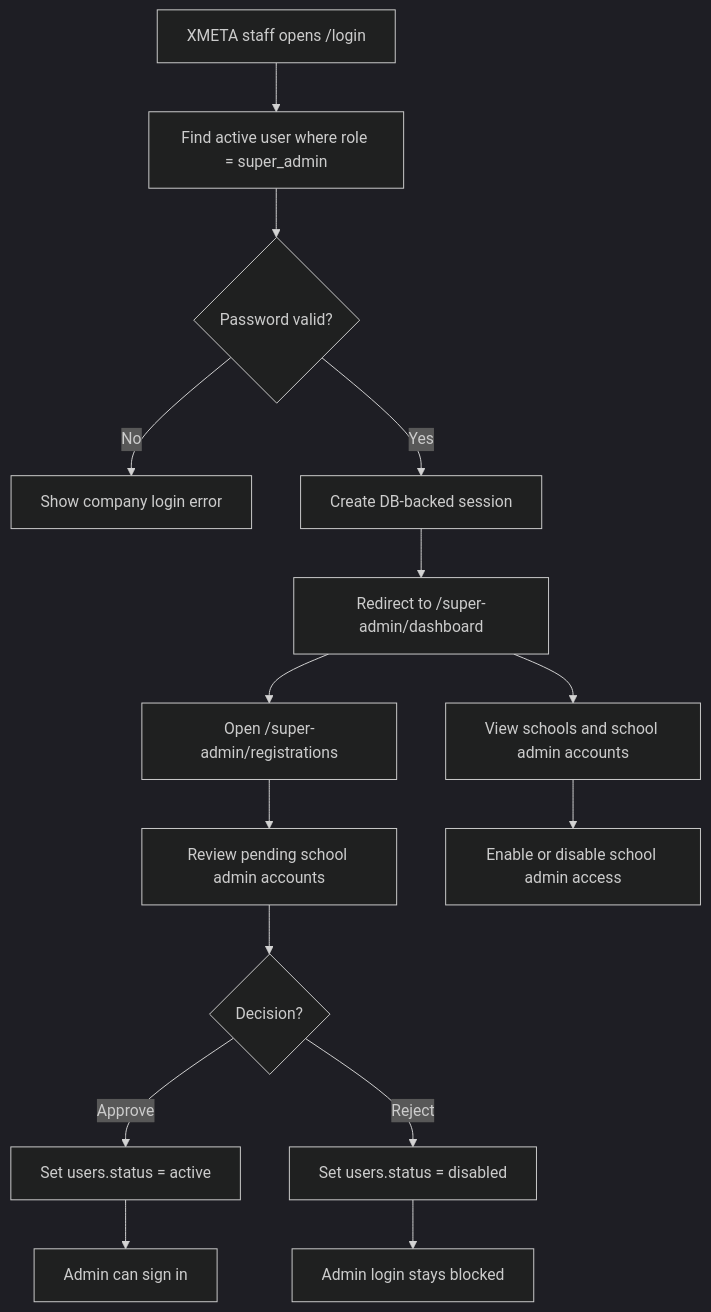
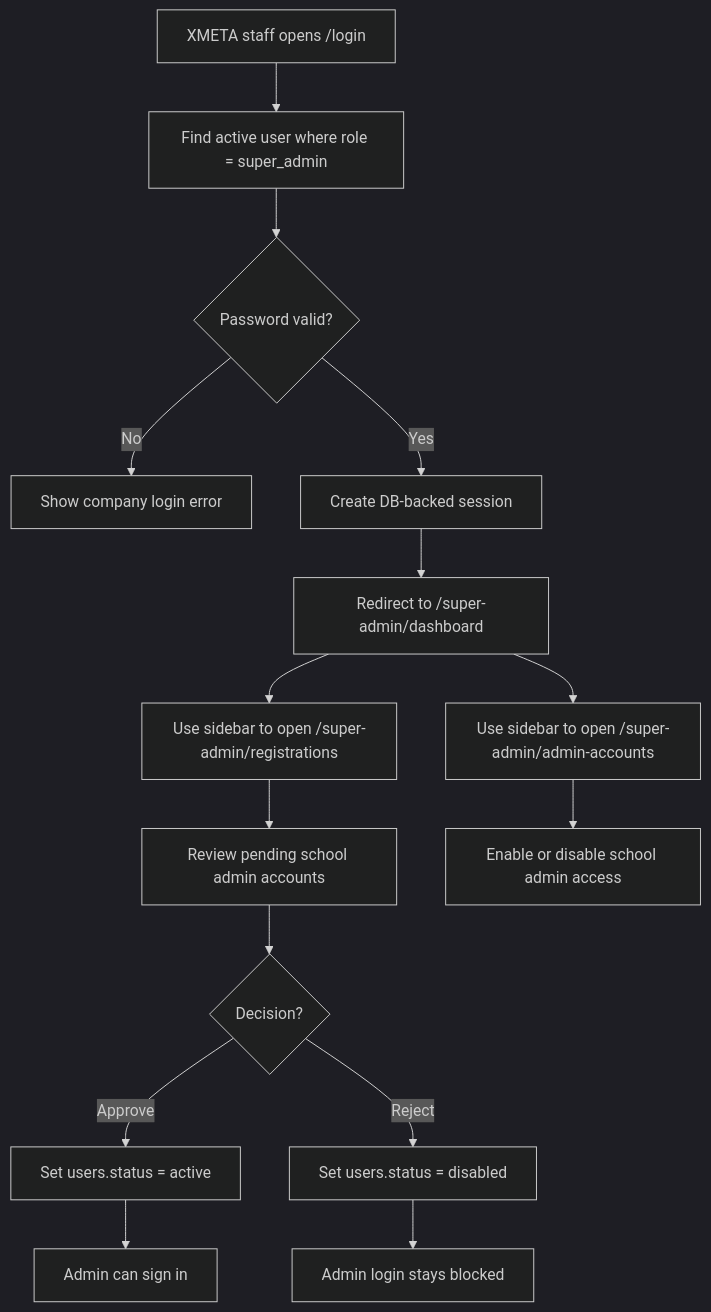
Before and after one commit to Xeyn19/xmetapay: the second of 21 diagrams in docs/PROJECT_FLOWCHARTS.md, drawn with Mermaid (dark theme). The commit also changed other lines of this file and 10 other files, not shown here.

````diff
--- a/docs/PROJECT_FLOWCHARTS.md
+++ b/docs/PROJECT_FLOWCHARTS.md
@@ -111,17 +111,17 @@
 ```mermaid
 flowchart TD
   A["XMETA staff opens /login"] --> B["Find active user where role = super_admin"]
   B --> C{"Password valid?"}
   C -->|No| D["Show company login error"]
   C -->|Yes| E["Create DB-backed session"]
   E --> F["Redirect to /super-admin/dashboard"]
-  F --> G["Open /super-admin/registrations"]
+  F --> G["Use sidebar to open /super-admin/registrations"]
   G --> H["Review pending school admin accounts"]
   H --> I{"Decision?"}
   I -->|Approve| J["Set users.status = active"]
   I -->|Reject| K["Set users.status = disabled"]
   J --> L["Admin can sign in"]
   K --> M["Admin login stays blocked"]
-  F --> N["View schools and school admin accounts"]
+  F --> N["Use sidebar to open /super-admin/admin-accounts"]
   N --> O["Enable or disable school admin access"]
 ```
````
